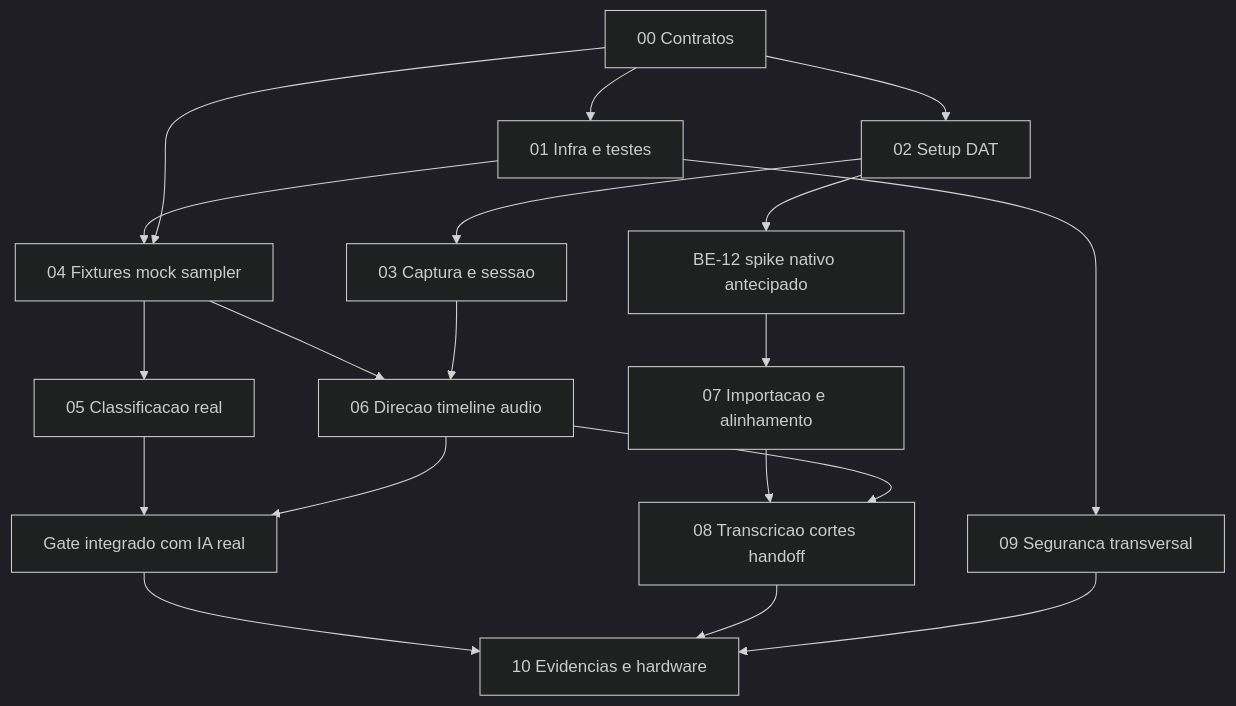
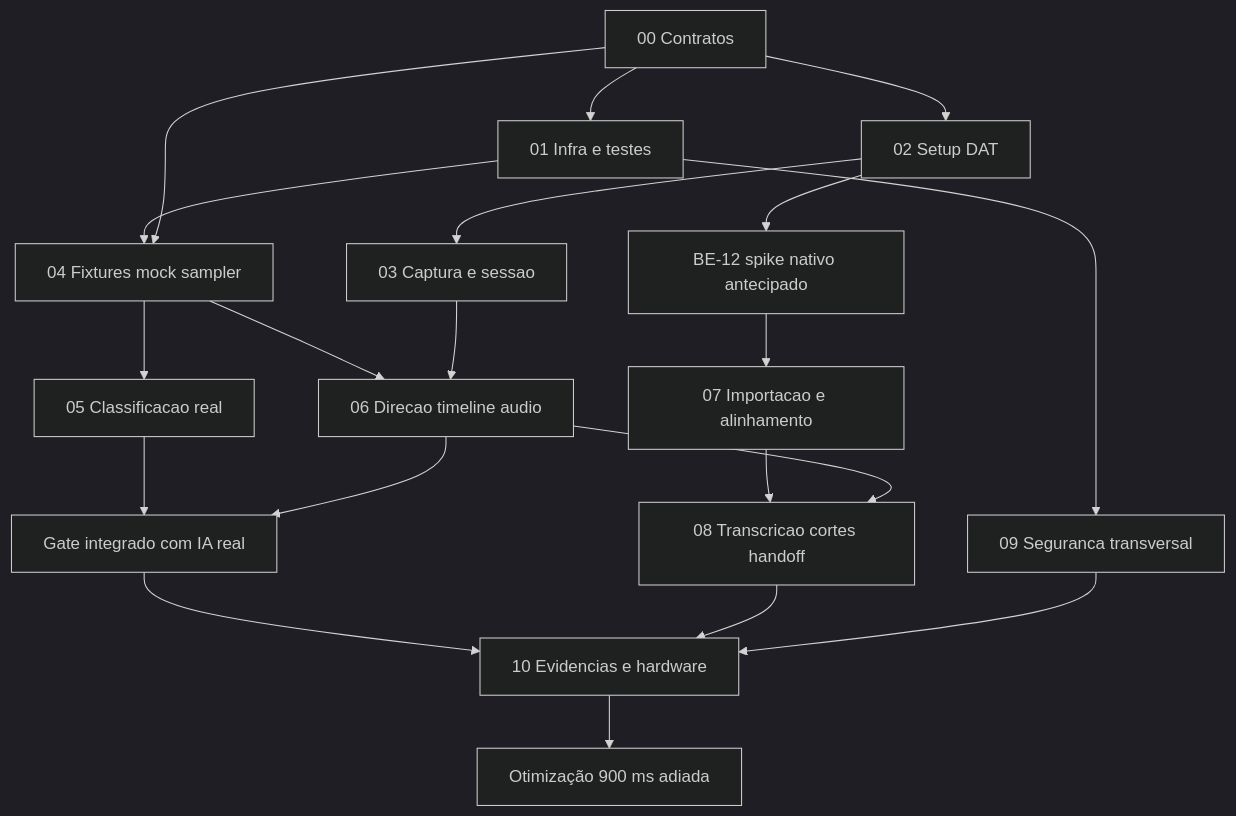
One commit to albuquerquesz/olivia changed the diagram in docs/spec-driven-development/execution-order.mmd. Above: the diagram before and after it, drawn with Mermaid (dark theme). The commit also changed 28 other files, not shown here.

```diff
--- a/docs/spec-driven-development/execution-order.mmd
+++ b/docs/spec-driven-development/execution-order.mmd
@@ -1,19 +1,20 @@
 flowchart TD
   C[00 Contratos] --> I[01 Infra e testes]
   C --> D[02 Setup DAT]
   D --> S[03 Captura e sessao]
   I --> F[04 Fixtures mock sampler]
   C --> F
   F --> A[05 Classificacao real]
   F --> G[06 Direcao timeline audio]
   S --> G
   A --> Live[Gate integrado com IA real]
   G --> Live
   D --> Spike[BE-12 spike nativo antecipado]
   Spike --> R[07 Importacao e alinhamento]
   R --> P[08 Transcricao cortes handoff]
   G --> P
   I --> Sec[09 Seguranca transversal]
   Live --> E[10 Evidencias e hardware]
   P --> E
   Sec --> E
+  E --> O[Otimização 900 ms adiada]
```
